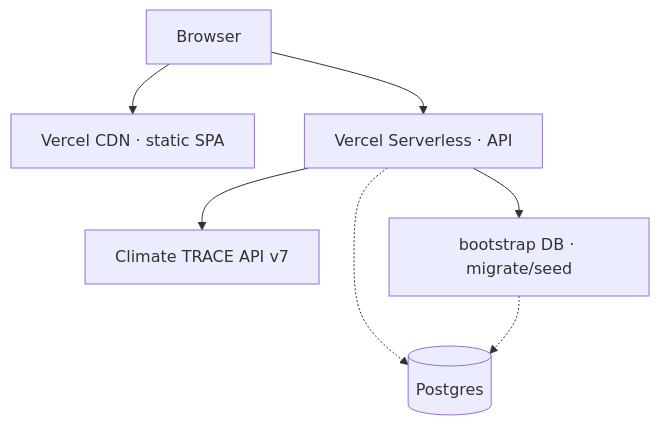
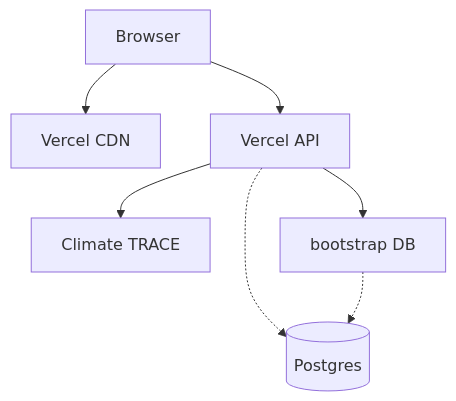
The third of 10 diagrams in docs/SYSTEM_DESIGN.md (tseten14/NDC-Dashboard), drawn with Mermaid before and after one commit. The commit also changed other lines of this file and 2 other files, not shown here.

First line of the commit message:
Fix system design Mermaid labels so text stays inside node boxes.

````diff
--- a/docs/SYSTEM_DESIGN.md
+++ b/docs/SYSTEM_DESIGN.md
@@ -81,16 +81,16 @@
 ```mermaid
 flowchart TB
   Browser[Browser]
-  CDN[Vercel CDN · static SPA]
-  Fn[Vercel Serverless · API]
-  CT[Climate TRACE API v7]
+  CDN[Vercel CDN]
+  Fn[Vercel API]
+  CT[Climate TRACE]
   PG[(Postgres)]
-  Boot[bootstrap DB · migrate/seed]
+  Boot[bootstrap DB]
 
   Browser --> CDN
   Browser --> Fn
   Fn --> CT
   Fn --> Boot
   Fn -.-> PG
   Boot -.-> PG
 ```
````
